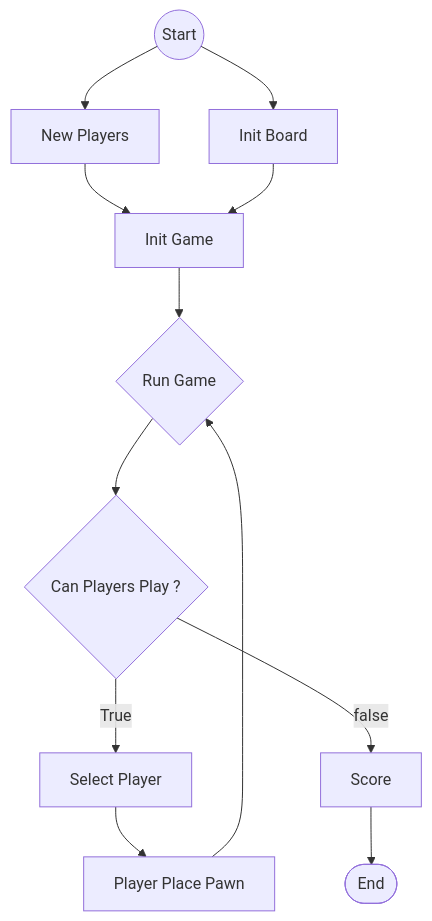
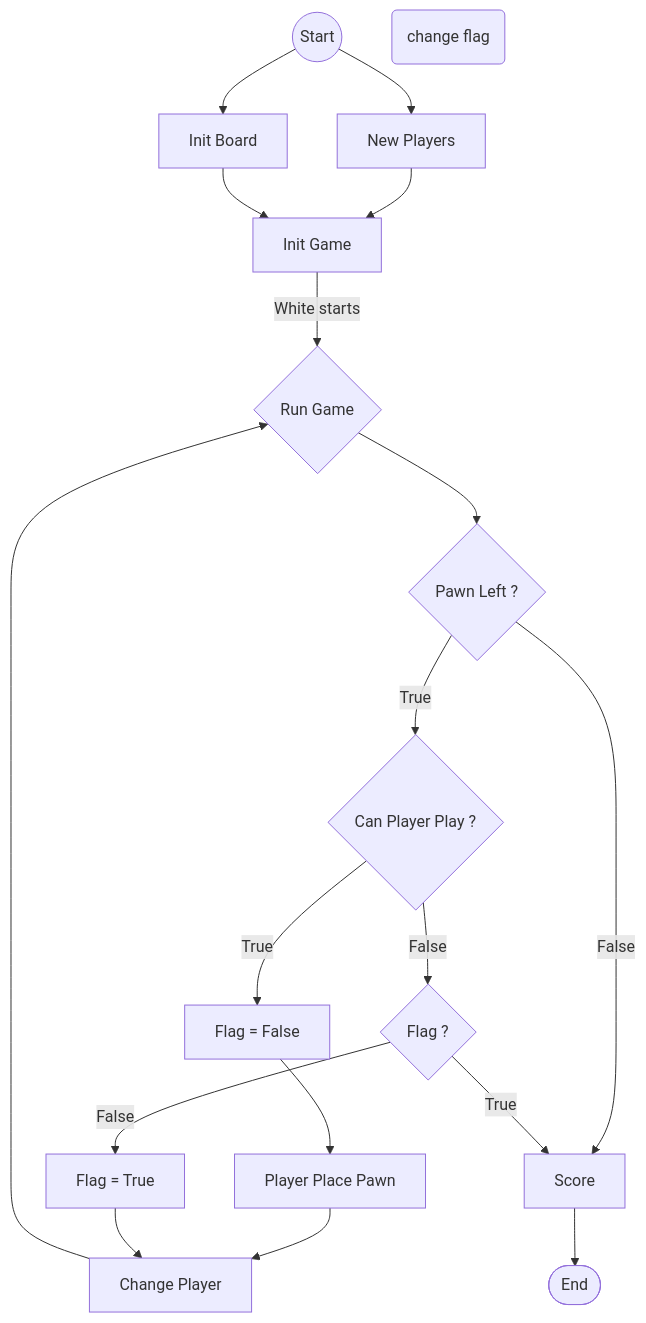
One commit to LexouLam/othello-repo changed the second of 2 diagrams in architecture.md. Above: the diagram before and after it, drawn with Mermaid. The commit also changed 1 other file, not shown here.

Commit message:
better architecture

````diff
--- a/architecture.md
+++ b/architecture.md
@@ -15,36 +15,48 @@
 ```mermaid
 flowchart TD
 
     Start((Start))
     End([End])
 
     Init_Players[New Players]
     Init_Board[Init Board]
     Init_Game[Init Game]
 
     Run_Game{Run Game}
-    Players_Can_Play{Can Players Play ?}
-    Select_Player[Select Player]
+
+    Pawn_Left{Pawn Left ?}
+    Can_Player_Play{Can Player Play ?}
     Player_Place_Pawn[Player Place Pawn]
+    Change_Player[Change Player]
 
+    Flag_One_Player_Cant_Play(change flag)
+    Was_Flag_True{Flag ?}
+    Make_Flag_False[Flag = False]
+    Make_Flag_True[Flag = True]
     Count_Score[Score]
 
     Start --> Init_Players
     Start --> Init_Board
     Init_Players & Init_Board --> Init_Game
-    Init_Game --> Run_Game
+    Init_Game --> |White starts| Run_Game
 
 
 
-    Run_Game --> Players_Can_Play
-    Players_Can_Play --> |True |Select_Player
-    Select_Player --> Player_Place_Pawn
-    Player_Place_Pawn --> Run_Game
+    Run_Game -->  Pawn_Left
+    Pawn_Left --> |True| Can_Player_Play
+    Pawn_Left --> |False| Count_Score
 
+    Can_Player_Play --> |True| Make_Flag_False
+    Make_Flag_False --> Player_Place_Pawn
+    Player_Place_Pawn --> Change_Player
+    
+    Can_Player_Play --> |False| Was_Flag_True 
+    Was_Flag_True --> | True | Count_Score 
+    Was_Flag_True --> |False| Make_Flag_True
+    Make_Flag_True -->  Change_Player
 
-
-    Players_Can_Play --> |false| Count_Score
+    Change_Player --> Run_Game
     
     Count_Score --> End
 
 ```
````
